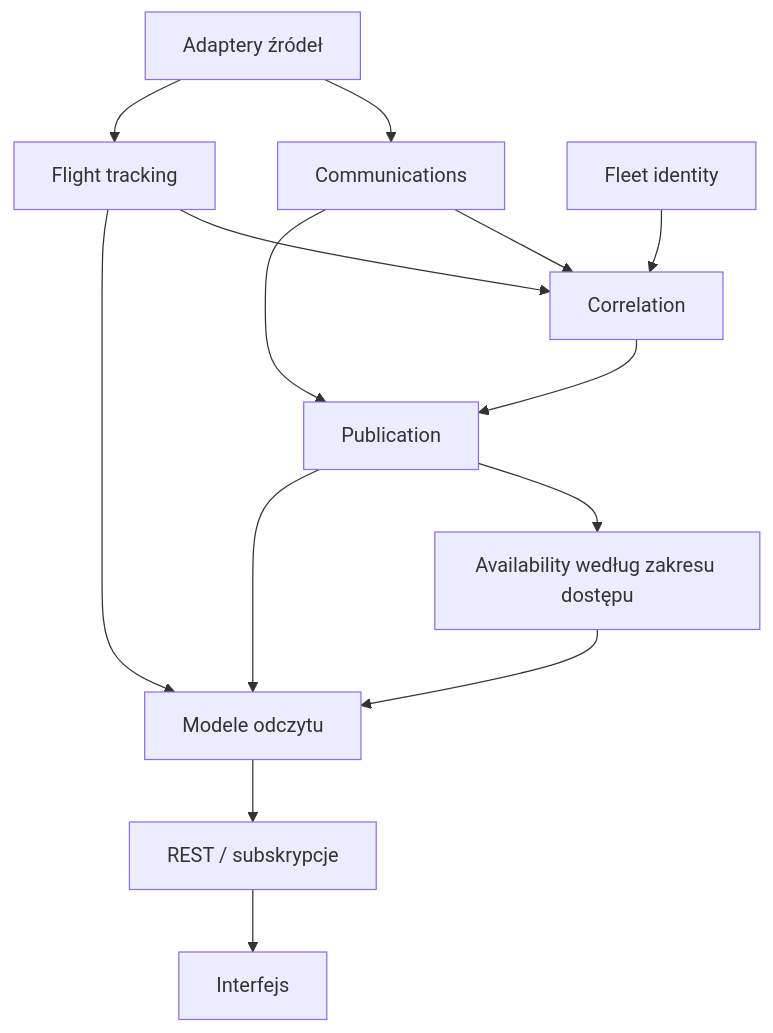
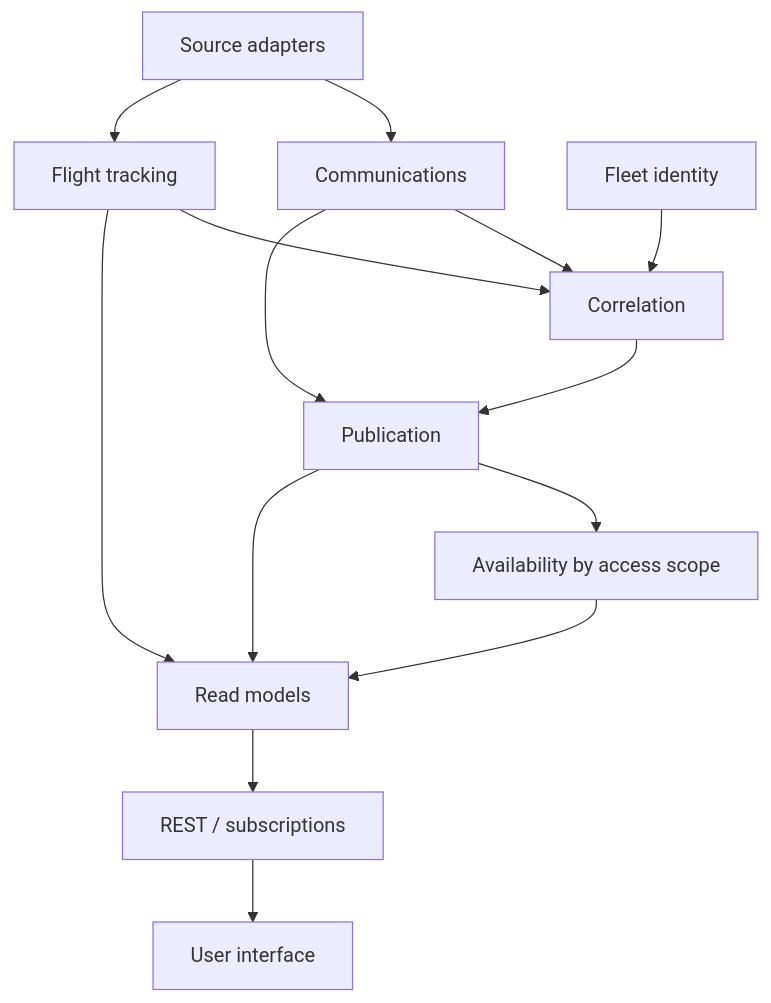
Before and after one commit to ppotepa/terminal-velocity: the diagram in docs/architecture/ARCHITECTURE_V2.md, drawn with Mermaid. The commit also changed other lines of this file and 40 other files, not shown here.

````diff
--- a/docs/architecture/ARCHITECTURE_V2.md
+++ b/docs/architecture/ARCHITECTURE_V2.md
@@ -63,16 +63,16 @@
 ```mermaid
 flowchart TD
-  S["Adaptery źródeł"] --> C["Communications"]
+  S["Source adapters"] --> C["Communications"]
   S --> T["Flight tracking"]
   I["Fleet identity"] --> R["Correlation"]
   T --> R
   C --> R
   C --> P["Publication"]
   R --> P
-  P --> A["Availability według zakresu dostępu"]
-  T --> V["Modele odczytu"]
+  P --> A["Availability by access scope"]
+  T --> V["Read models"]
   P --> V
   A --> V
-  V --> D["REST / subskrypcje"]
-  D --> W["Interfejs"]
+  V --> D["REST / subscriptions"]
+  D --> W["User interface"]
 ```
````
